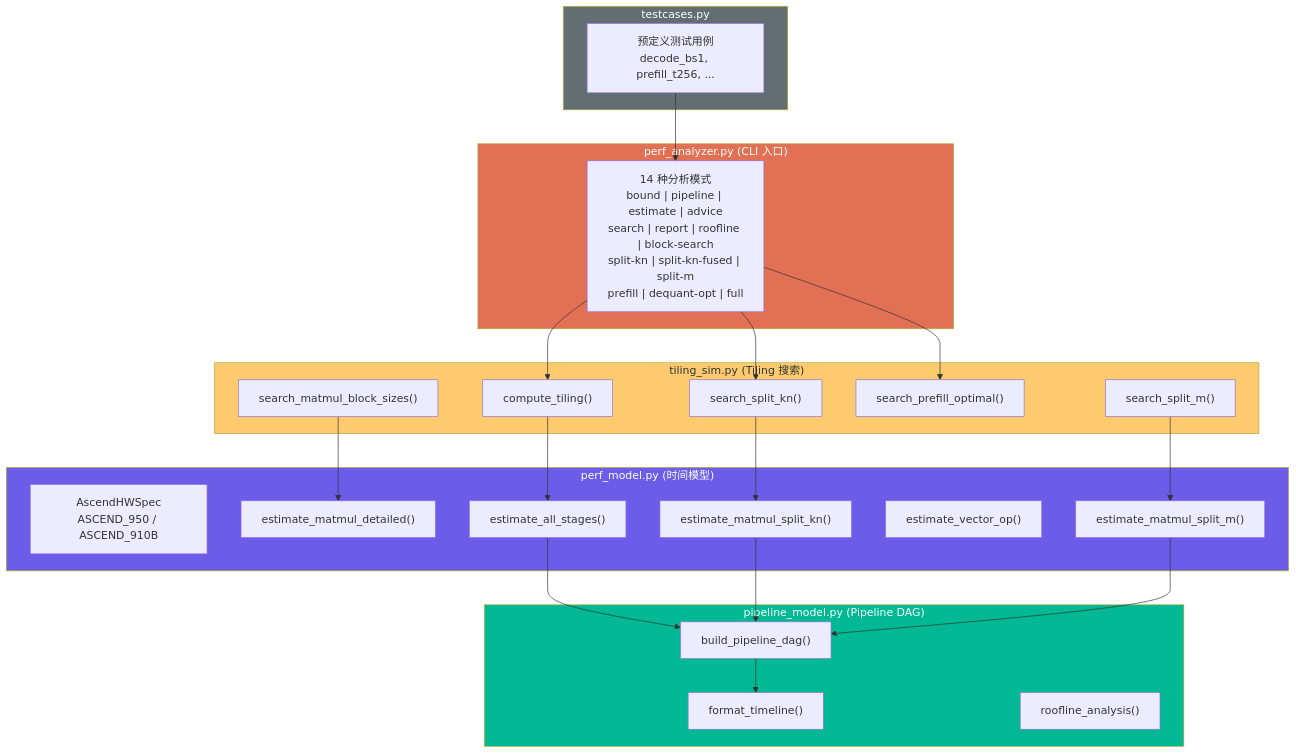
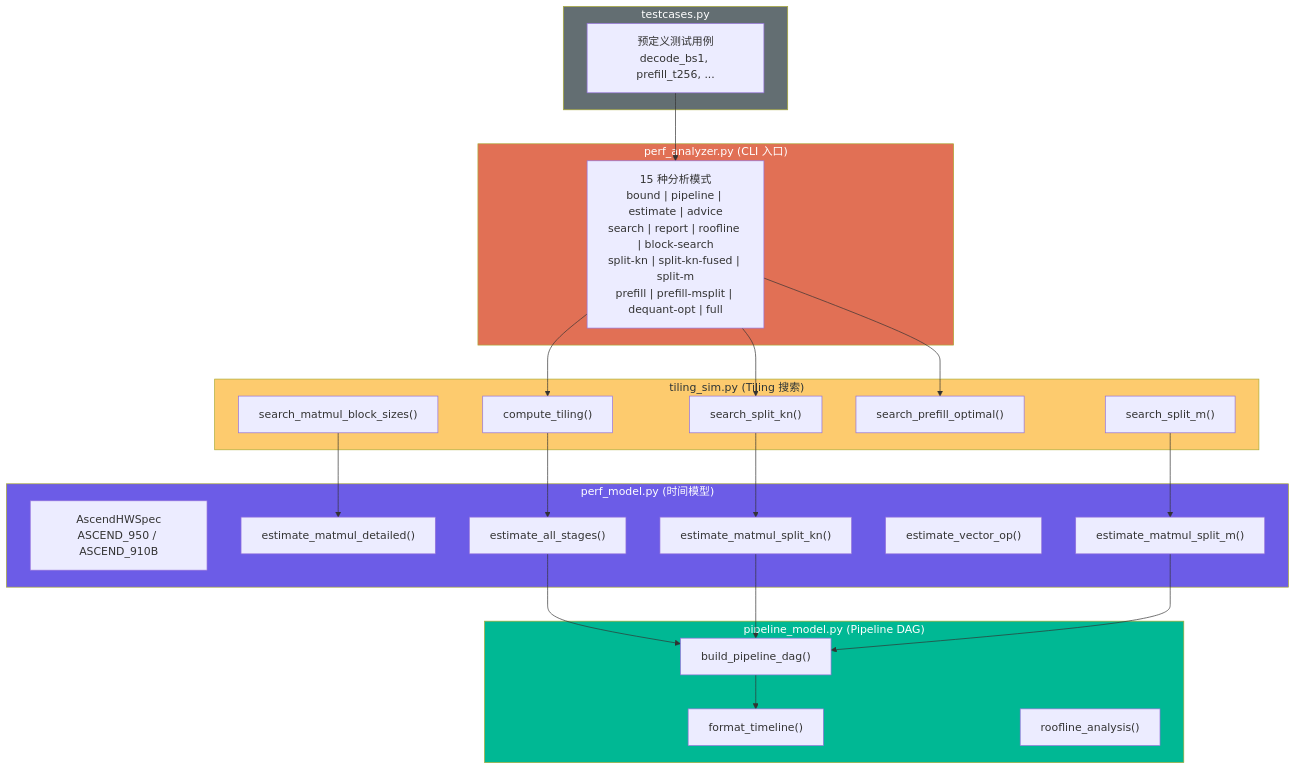
The diagram in attention/mla_prolog_v3/tests/perf/README.md (ChunnX/ops-transformer), drawn with Mermaid before and after one commit. The commit also changed other lines of this file and 2 other files, not shown here.

First line of the commit message:
fix docs: add missing prefill-msplit mode, update mode count to 15

````diff
--- a/attention/mla_prolog_v3/tests/perf/README.md
+++ b/attention/mla_prolog_v3/tests/perf/README.md
@@ -164,52 +181,52 @@
 ```mermaid
 graph TB
     subgraph CLI ["perf_analyzer.py (CLI 入口)"]
-        MODES["14 种分析模式<br/>bound | pipeline | estimate | advice<br/>search | report | roofline | block-search<br/>split-kn | split-kn-fused | split-m<br/>prefill | dequant-opt | full"]
+        MODES["15 种分析模式<br/>bound | pipeline | estimate | advice<br/>search | report | roofline | block-search<br/>split-kn | split-kn-fused | split-m<br/>prefill | prefill-msplit | dequant-opt | full"]
     end
 
     subgraph TILING ["tiling_sim.py (Tiling 搜索)"]
         CT["compute_tiling()"]
         SKN["search_split_kn()"]
         SM["search_split_m()"]
         SPO["search_prefill_optimal()"]
         SBS["search_matmul_block_sizes()"]
     end
 
     subgraph MODEL ["perf_model.py (时间模型)"]
         HW["AscendHWSpec<br/>ASCEND_950 / ASCEND_910B"]
         EMD["estimate_matmul_detailed()"]
         ESKN["estimate_matmul_split_kn()"]
         ESM["estimate_matmul_split_m()"]
         EVO["estimate_vector_op()"]
         EAS["estimate_all_stages()"]
     end
 
     subgraph PIPE ["pipeline_model.py (Pipeline DAG)"]
         BPD["build_pipeline_dag()"]
         FT["format_timeline()"]
         RA["roofline_analysis()"]
     end
 
     subgraph TC ["testcases.py"]
         CASES["预定义测试用例<br/>decode_bs1, prefill_t256, ..."]
     end
 
     MODES --> CT
     MODES --> SKN
     MODES --> SPO
     CT --> EAS
     SKN --> ESKN
     SM --> ESM
     SBS --> EMD
     EAS --> BPD
     ESKN --> BPD
     ESM --> BPD
     BPD --> FT
     CASES --> MODES
 
     style CLI fill:#e17055,color:#fff
     style TILING fill:#fdcb6e,color:#2d3436
     style MODEL fill:#6c5ce7,color:#fff
     style PIPE fill:#00b894,color:#fff
     style TC fill:#636e72,color:#fff
 ```
````
